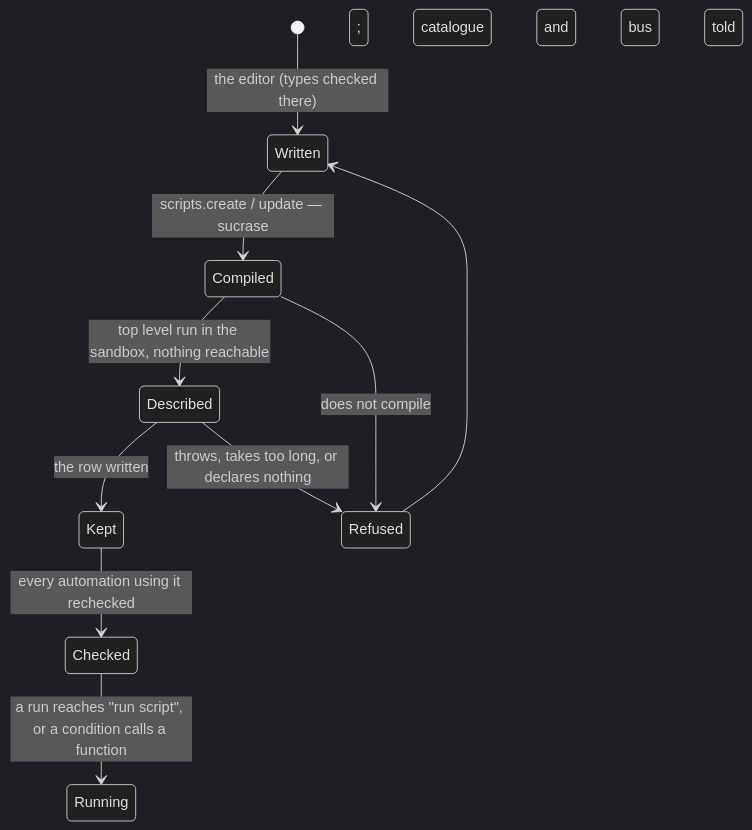
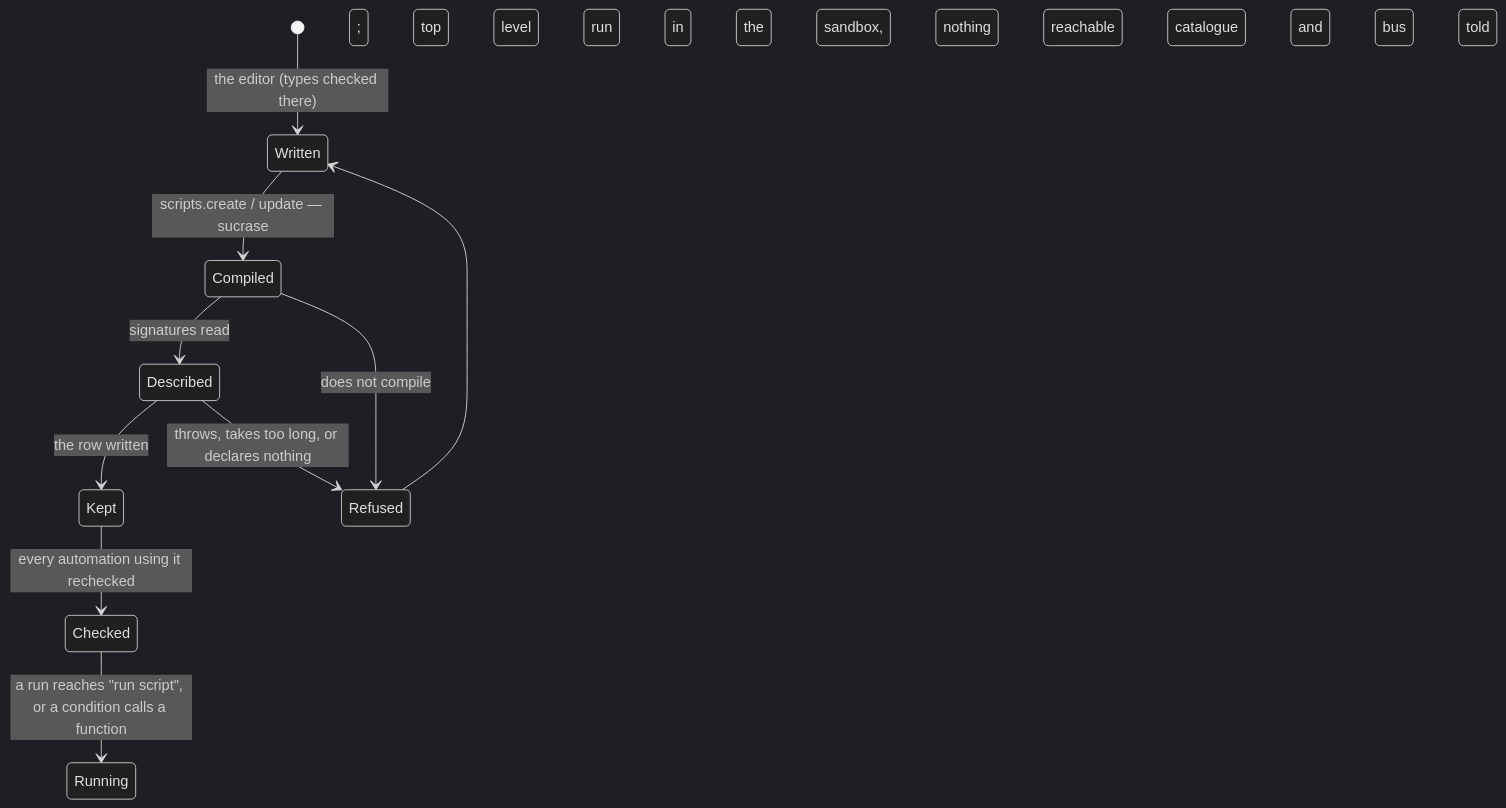
Before and after one commit to olofd/kraftverk: the fourth of 5 diagrams in docs/PLAN-SCRIPTS.md, drawn with Mermaid (dark theme). The commit also changed other lines of this file and 32 other files, not shown here.

````diff
--- a/docs/PLAN-SCRIPTS.md
+++ b/docs/PLAN-SCRIPTS.md
@@ -349,12 +351,12 @@
 ```mermaid
 stateDiagram-v2
   [*] --> Written: the editor (types checked there)
   Written --> Compiled: scripts.create / update — sucrase
-  Compiled --> Described: top level run in the sandbox, nothing reachable
+  Compiled --> Described: signatures read; top level run in the sandbox, nothing reachable
   Described --> Kept: the row written; catalogue and bus told
   Kept --> Checked: every automation using it rechecked
   Checked --> Running: a run reaches "run script", or a condition calls a function
   Compiled --> Refused: does not compile
   Described --> Refused: throws, takes too long, or declares nothing
   Refused --> Written
 ```
````
